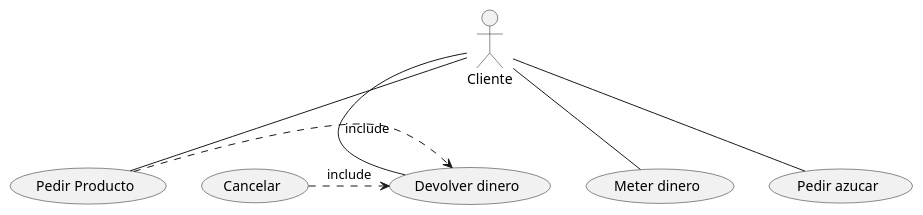
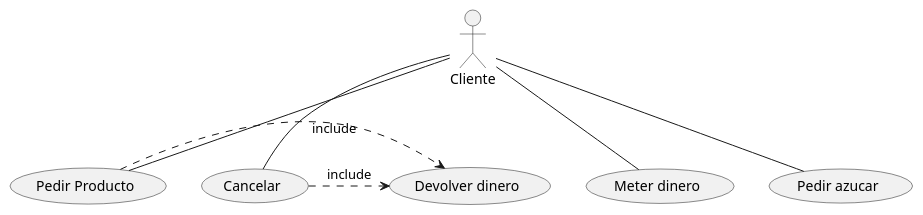
Before and after one commit to MissTurtle/PracticaClasesDeUsoPlantUmlElenaGarciaDiaz: the diagram in src/maquinaCafe.puml, drawn with PlantUML.

Commit message:
MaquinaCafeCorreccion

```diff
--- a/src/maquinaCafe.puml
+++ b/src/maquinaCafe.puml
@@ -1,14 +1,14 @@
 @startuml
 :Cliente:
 (Meter dinero)
 (Pedir azucar)
 (Pedir Producto)
 (Devolver dinero)
 (Cancelar)
 :Cliente: -- (Meter dinero)
 :Cliente: -- (Pedir azucar)
 :Cliente: -- (Pedir Producto)
-:Cliente: -- (Devolver dinero)
+:Cliente: -- (Cancelar)
 (Pedir Producto) .> (Devolver dinero) : include
 (Cancelar) .> (Devolver dinero) : include
 @enduml
```
